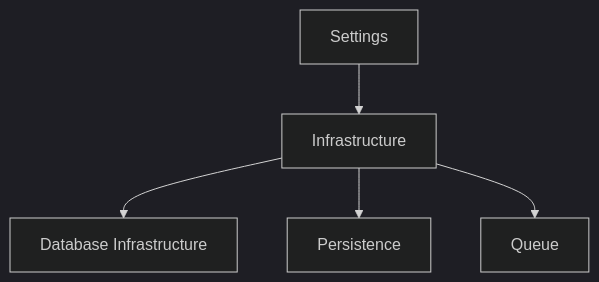
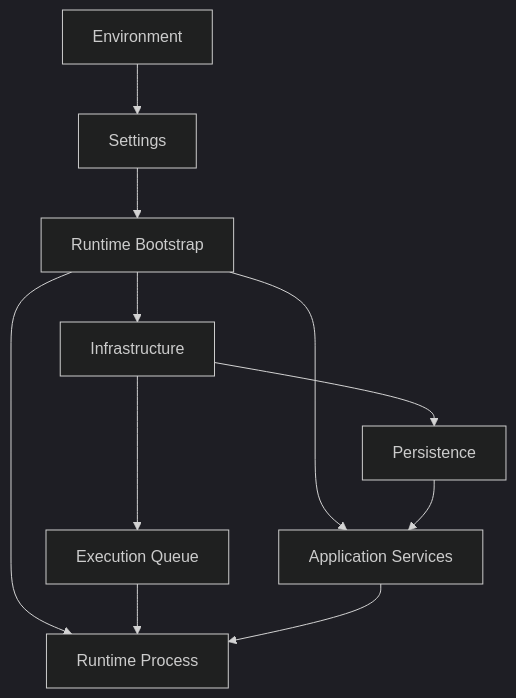
The diagram in docs/architecture/infrastructure.md (Devin8407/Automation-Platform), drawn with Mermaid (dark theme) before and after one commit. The commit also changed other lines of this file and 44 other files, not shown here.

````diff
--- a/docs/architecture/infrastructure.md
+++ b/docs/architecture/infrastructure.md
@@ -48,20 +61,29 @@
 ```mermaid
 flowchart TD
 
-Settings["Settings"]
+    Environment["Environment"]
+    Settings["Settings"]
+    Bootstrap["Runtime Bootstrap"]
 
-Infrastructure["Infrastructure"]
+    Infrastructure["Infrastructure"]
 
-Database["Database Infrastructure"]
+    Persistence["Persistence"]
+    Queue["Execution Queue"]
+    Application["Application Services"]
+    Runtime["Runtime Process"]
 
-Persistence["Persistence"]
+    Environment --> Settings
+    Settings --> Bootstrap
 
-Queue["Queue"]
+    Bootstrap --> Infrastructure
 
-Settings --> Infrastructure
+    Infrastructure --> Persistence
+    Infrastructure --> Queue
 
-Infrastructure --> Database
+    Bootstrap --> Application
+    Bootstrap --> Runtime
 
-Infrastructure --> Persistence
-Infrastructure --> Queue
+    Persistence --> Application
+    Queue --> Runtime
+    Application --> Runtime
 ```
````
